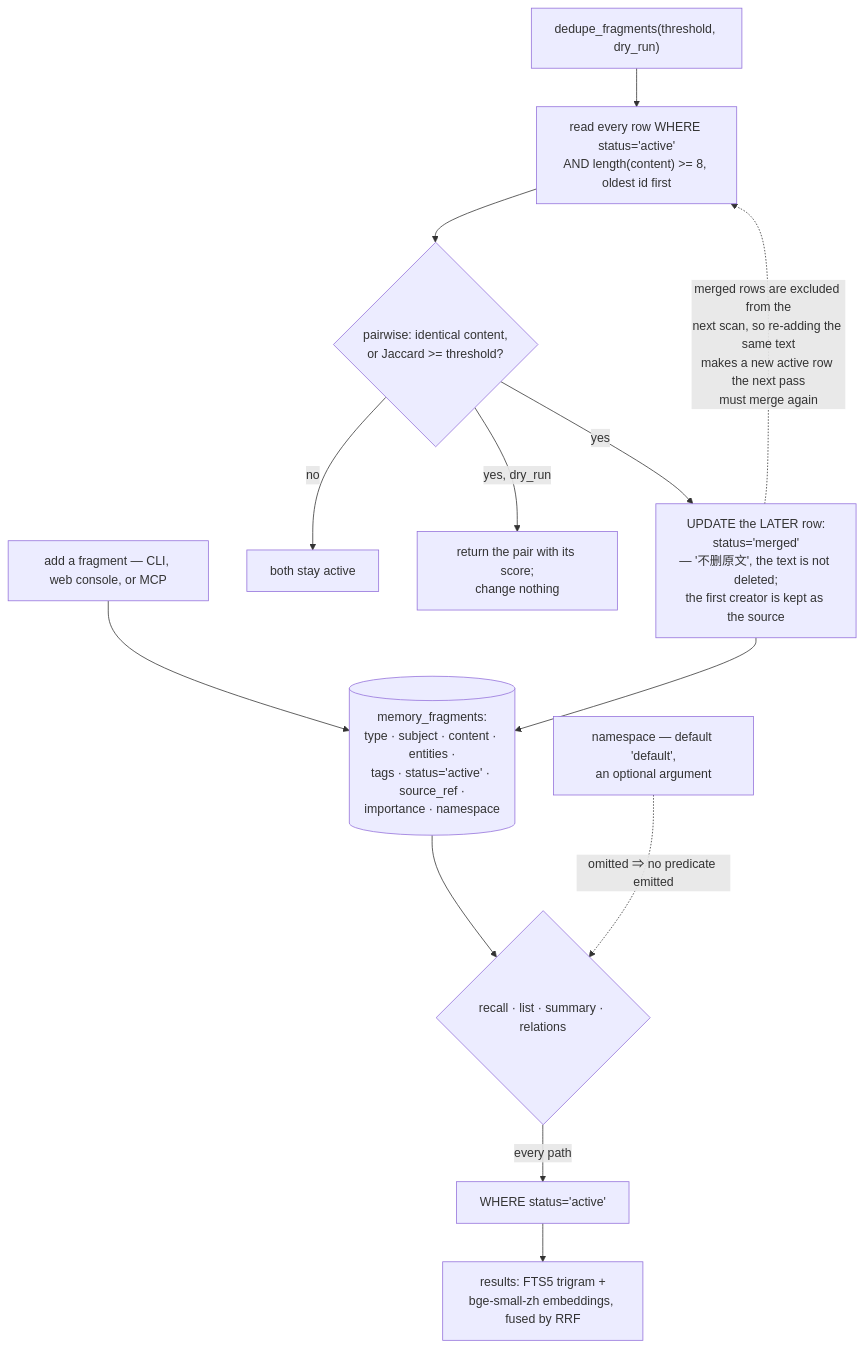
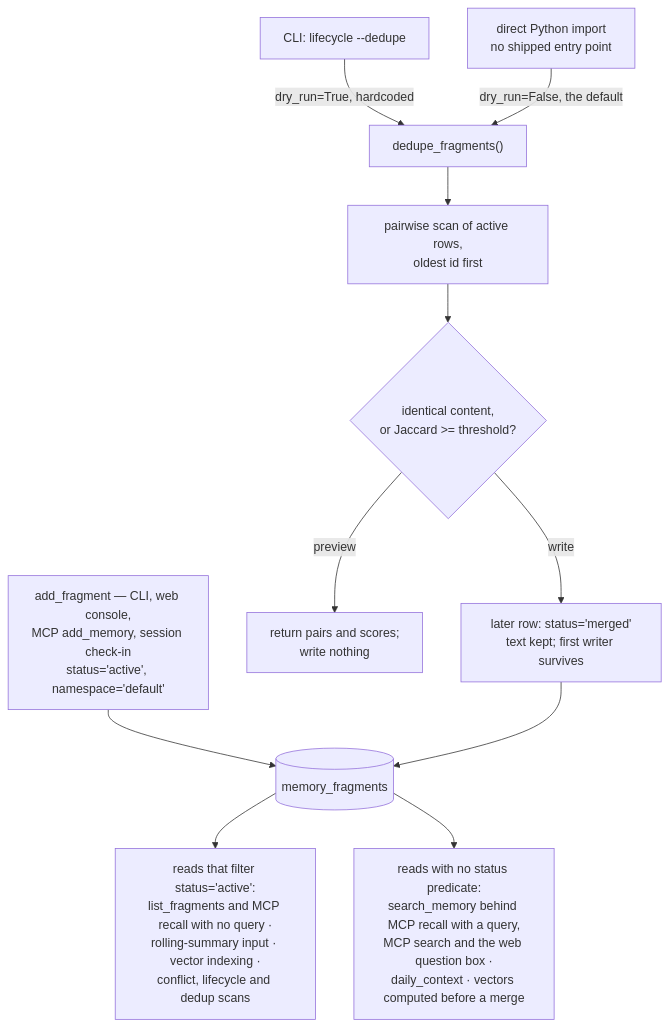
The diagram in content/systems/huiran-cerebro.md (neoneye/agent-memory-atlas), drawn with Mermaid before and after one commit. The commit also changed other lines of this file and 20 other files, not shown here.

````diff
--- a/content/systems/huiran-cerebro.md
+++ b/content/systems/huiran-cerebro.md
@@ -119,16 +134,14 @@
 ```mermaid
-%% caption: the dedup pass marks the later of two near-identical fragments merged and keeps its text, and every recall path's status='active' predicate is what removes it from results
+%% caption: the merge is written only by a direct library call; the shipped command previews, and the keyword search behind the MCP tools does not read the status
 flowchart TB
-    W["add a fragment — CLI, web console, or MCP"] --> ROW[("memory_fragments:<br/>type · subject · content · entities ·<br/>tags · status='active' · source_ref ·<br/>importance · namespace")]
-    DED["dedupe_fragments(threshold, dry_run)"] --> SCAN["read every row WHERE status='active'<br/>AND length(content) >= 8, oldest id first"]
-    SCAN --> PAIR{"pairwise: identical content,<br/>or Jaccard >= threshold?"}
-    PAIR -->|"no"| KEEP["both stay active"]
-    PAIR -->|"yes, dry_run"| CAND["return the pair with its score;<br/>change nothing"]
-    PAIR -->|"yes"| MARK["UPDATE the LATER row:<br/>status='merged'<br/>— '不删原文', the text is not deleted;<br/>the first creator is kept as the source"]
+    W["add_fragment — CLI, web console,<br/>MCP add_memory, session check-in<br/>status='active', namespace='default'"] --> ROW[("memory_fragments")]
+    CLI["CLI: lifecycle --dedupe"] -->|"dry_run=True, hardcoded"| DED["dedupe_fragments()"]
+    LIB["direct Python import<br/>no shipped entry point"] -->|"dry_run=False, the default"| DED
+    DED --> SCAN["pairwise scan of active rows,<br/>oldest id first"]
+    SCAN --> PAIR{"identical content,<br/>or Jaccard >= threshold?"}
+    PAIR -->|"preview"| CAND["return pairs and scores;<br/>write nothing"]
+    PAIR -->|"write"| MARK["later row: status='merged'<br/>text kept; first writer survives"]
     MARK --> ROW
-    ROW --> R{"recall · list · summary · relations"}
-    R -->|"every path"| F["WHERE status='active'"]
-    F --> OUT["results: FTS5 trigram +<br/>bge-small-zh embeddings, fused by RRF"]
-    MARK -.->|"merged rows are excluded from the<br/>next scan, so re-adding the same text<br/>makes a new active row the next pass<br/>must merge again"| SCAN
-    NS["namespace — default 'default',<br/>an optional argument"] -.->|"omitted ⇒ no predicate emitted"| R
+    ROW --> FILT["reads that filter status='active':<br/>list_fragments and MCP recall with no query ·<br/>rolling-summary input · vector indexing ·<br/>conflict, lifecycle and dedup scans"]
+    ROW --> NOF["reads with no status predicate:<br/>search_memory behind MCP recall with a query,<br/>MCP search and the web question box ·<br/>daily_context · vectors computed before a merge"]
 ```
````
